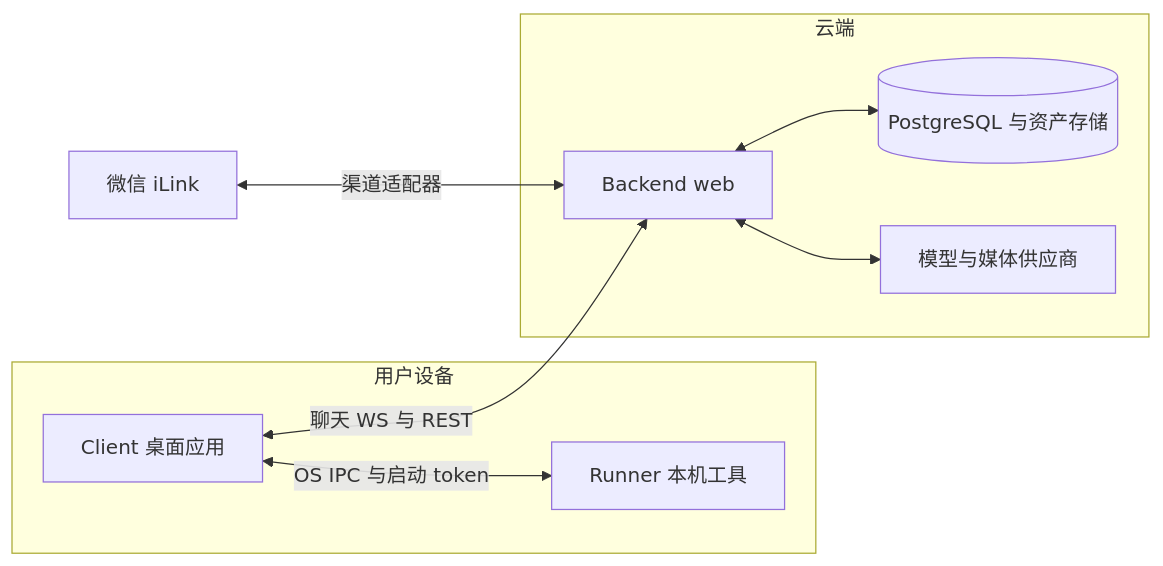
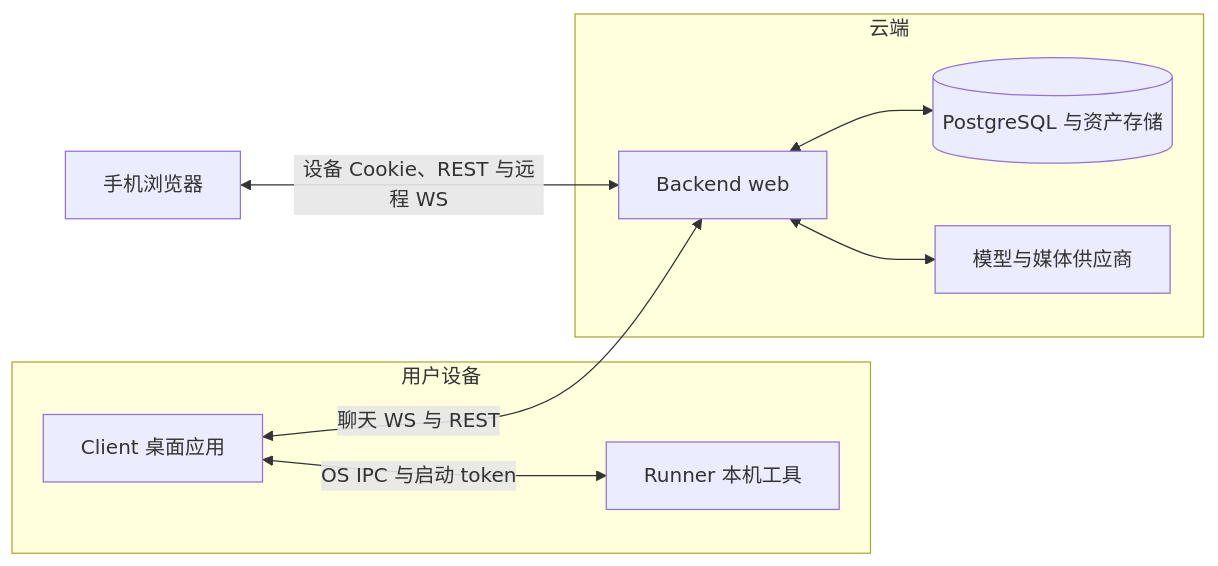
One commit to yangjinming1062/SpiritAgent changed the diagram in docs/ARCHITECTURE.md. Above: the diagram before and after it, drawn with Mermaid. The commit also changed other lines of this file and 253 other files, not shown here.

````diff
--- a/docs/ARCHITECTURE.md
+++ b/docs/ARCHITECTURE.md
@@ -7,17 +7,17 @@
 ```mermaid
 flowchart LR
     subgraph Desktop[用户设备]
         Client[Client 桌面应用]
         Runner[Runner 本机工具]
         Client <-->|OS IPC 与启动 token| Runner
     end
     subgraph Cloud[云端]
         Backend[Backend web]
         DB[(PostgreSQL 与资产存储)]
         Provider[模型与媒体供应商]
         Backend <--> DB
         Backend <--> Provider
     end
     Client <-->|聊天 WS 与 REST| Backend
-    IM[微信 iLink] <-->|渠道适配器| Backend
+    Mobile[手机浏览器] <-->|设备 Cookie、REST 与远程 WS| Backend
 ```
````
